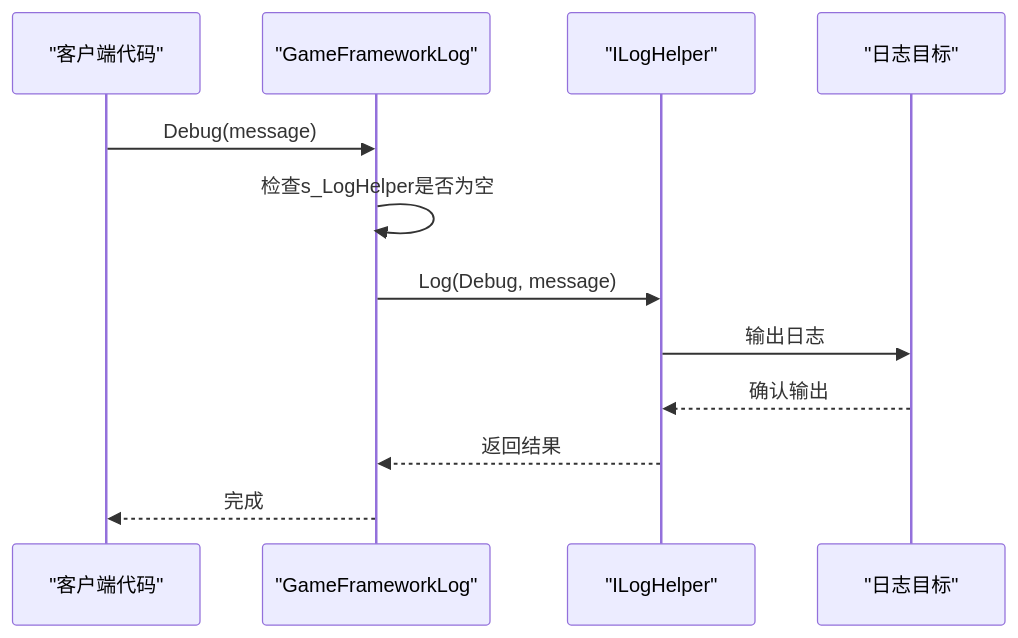
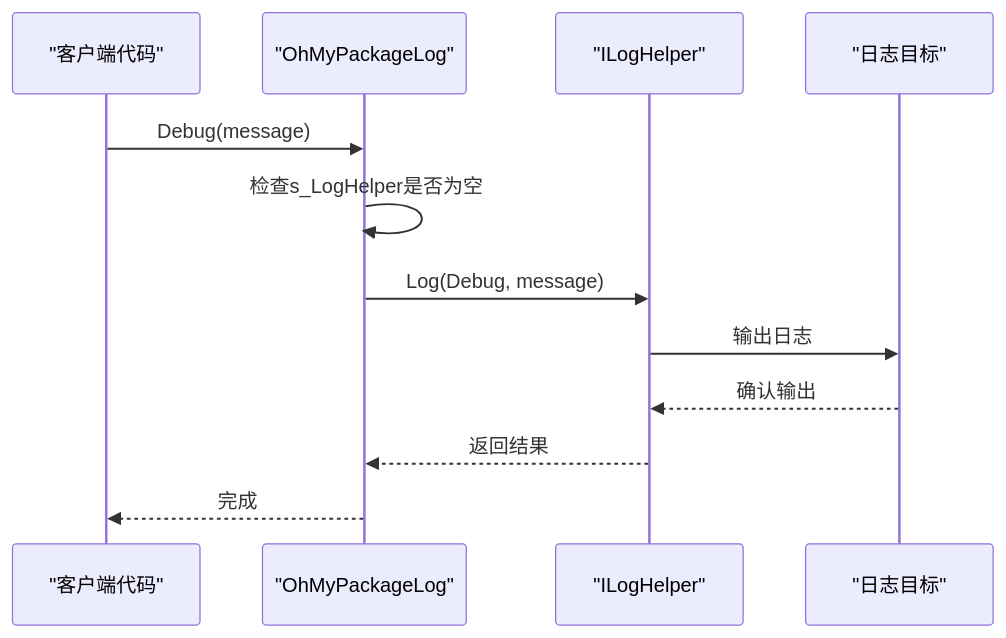
The fourth of 8 diagrams in repowiki/zh/content/性能优化/性能监控系统/日志系统架构.md (OxygenIsland/MyGame), drawn with Mermaid before and after one commit. The commit also changed other lines of this file and 34 other files, not shown here.

````diff
--- a/repowiki/zh/content/性能优化/性能监控系统/日志系统架构.md
+++ b/repowiki/zh/content/性能优化/性能监控系统/日志系统架构.md
@@ -164,14 +164,14 @@
 ```mermaid
 sequenceDiagram
 participant Client as "客户端代码"
-participant GFLog as "GameFrameworkLog"
+participant GFLog as "OhMyPackageLog"
 participant Helper as "ILogHelper"
 participant Target as "日志目标"
 Client->>GFLog : Debug(message)
 GFLog->>GFLog : 检查s_LogHelper是否为空
 GFLog->>Helper : Log(Debug, message)
 Helper->>Target : 输出日志
 Target-->>Helper : 确认输出
 Helper-->>GFLog : 返回结果
 GFLog-->>Client : 完成
 ```
````
